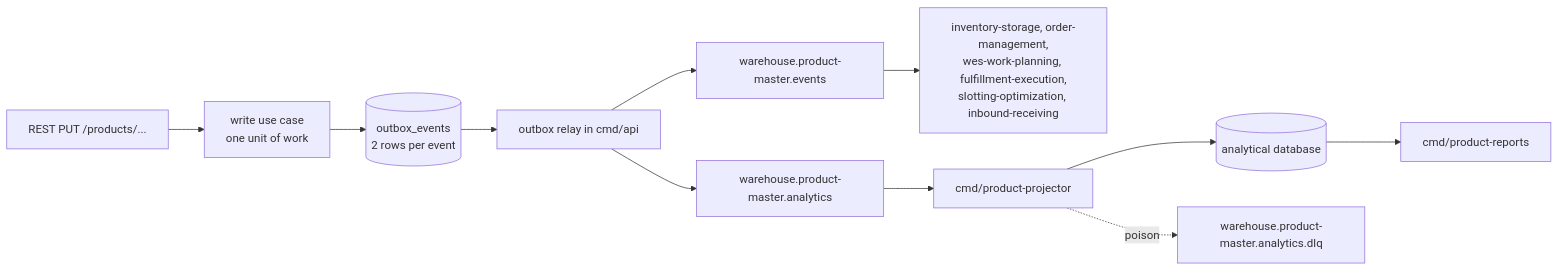
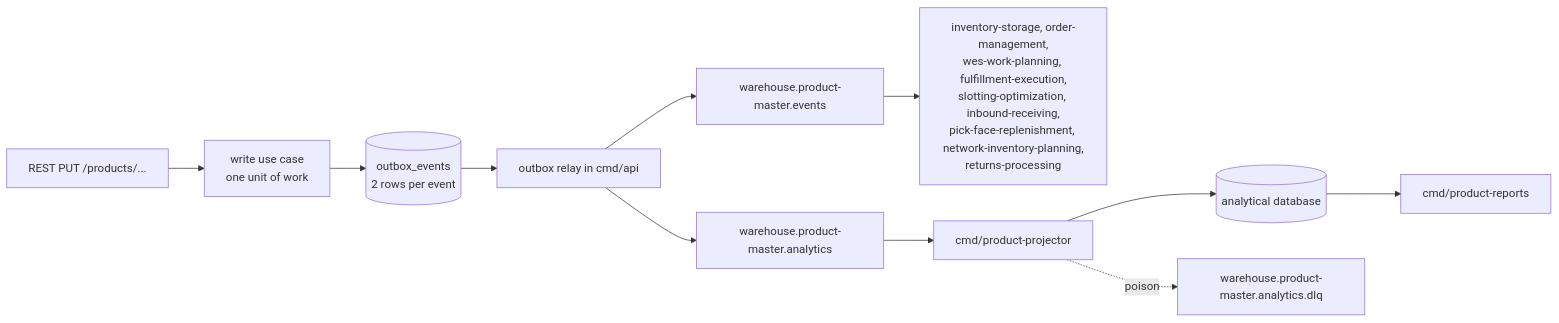
One commit to IQVO/product-master changed the diagram in docs/docs/operations/runbook.md. Above: the diagram before and after it, drawn with Mermaid. The commit also changed 12 other files, not shown here.

````diff
--- a/docs/docs/operations/runbook.md
+++ b/docs/docs/operations/runbook.md
@@ -107,13 +107,13 @@
 ```mermaid
 flowchart LR
   REST["REST PUT /products/..."] --> UC["write use case<br/>one unit of work"]
   UC --> OUTBOX[("outbox_events<br/>2 rows per event")]
   OUTBOX --> RELAY["outbox relay in cmd/api"]
   RELAY --> EV["warehouse.product-master.events"]
   RELAY --> AN["warehouse.product-master.analytics"]
-  EV --> SIB["inventory-storage, order-management,<br/>wes-work-planning, fulfillment-execution,<br/>slotting-optimization, inbound-receiving"]
+  EV --> SIB["inventory-storage, order-management,<br/>wes-work-planning, fulfillment-execution,<br/>slotting-optimization, inbound-receiving,<br/>pick-face-replenishment, network-inventory-planning,<br/>returns-processing"]
   AN --> PROJ["cmd/product-projector"]
   PROJ --> ADB[("analytical database")]
   PROJ -. "poison" .-> DLQ["warehouse.product-master.analytics.dlq"]
   ADB --> REP["cmd/product-reports"]
 ```
````
